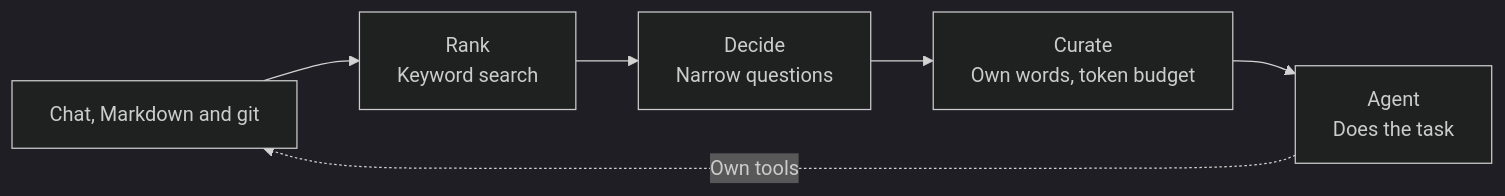
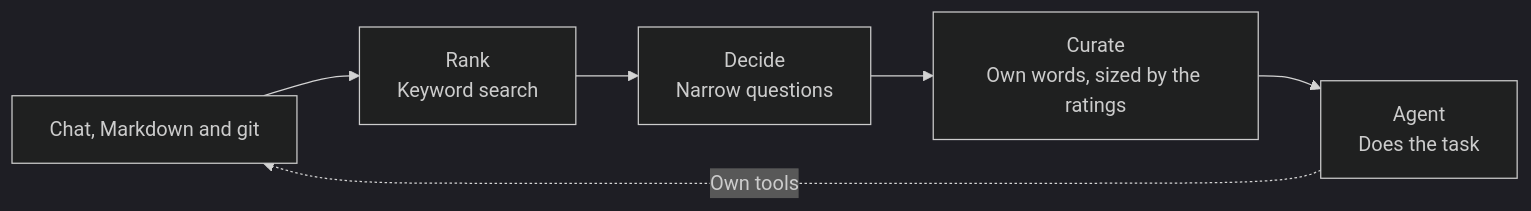
One commit to jonny981/curate changed the diagram in README.md. Above: the diagram before and after it, drawn with Mermaid (dark theme). The commit also changed other lines of this file and 17 other files, not shown here.

````diff
--- a/README.md
+++ b/README.md
@@ -543,8 +543,8 @@
 ```mermaid
 flowchart LR
   sources["Chat, Markdown and git"] --> rank["Rank<br/>Keyword search"]
   rank --> decide["Decide<br/>Narrow questions"]
-  decide --> curate["Curate<br/>Own words, token budget"]
+  decide --> curate["Curate<br/>Own words, sized by the ratings"]
   curate --> agent["Agent<br/>Does the task"]
   agent -. "Own tools" .-> sources
 ```
````
